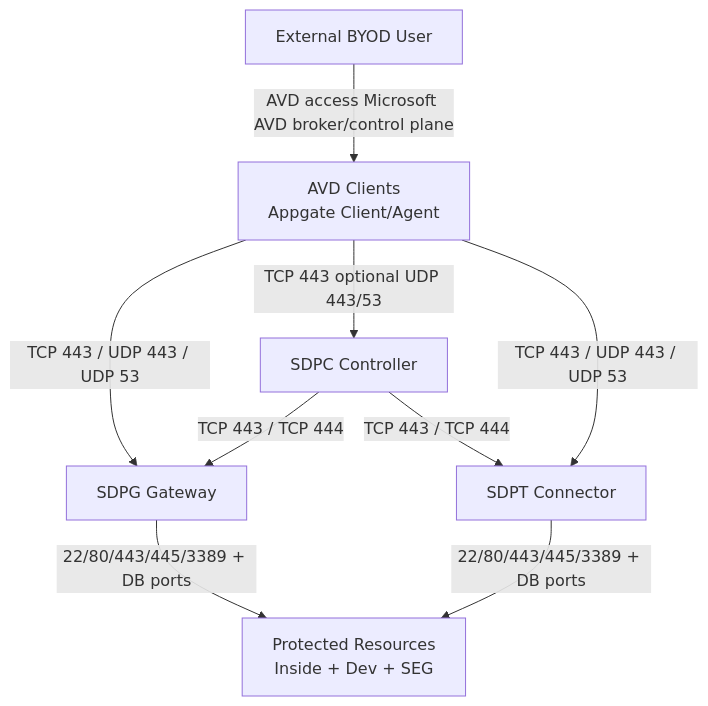
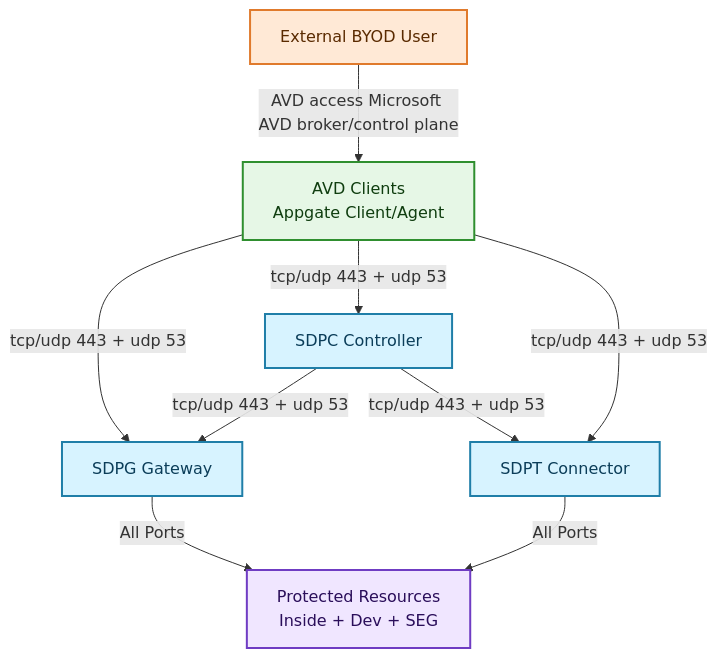
One commit to cantrellr/vyos-appgate-dren-lab changed the diagram in diagrams/appgate-flows.mmd. Above: the diagram before and after it, drawn with Mermaid. The commit also changed other lines of this file and 1 other file, not shown here.

Commit message:
Add detailed flowchart for Azure Virtual Desktop architecture and update connection details

```diff
--- a/diagrams/appgate-flows.mmd
+++ b/diagrams/appgate-flows.mmd
@@ -1,16 +1,31 @@
 flowchart TB
   BYOD[External BYOD User]
-  AVD[AVD Clients\nAppgate Client/Agent]
+  AVD[AVD Clients<br>Appgate Client/Agent]
   GW1[SDPG Gateway]
   GW2[SDPT Connector]
   CTRL[SDPC Controller]
-  PR[Protected Resources\nInside + Dev + SEG]
+  PR[Protected Resources<br>Inside + Dev + SEG]
 
   BYOD -->|AVD access Microsoft AVD broker/control plane| AVD
-  AVD -->|TCP 443 optional UDP 443/53| CTRL
-  AVD -->|TCP 443 / UDP 443 / UDP 53| GW1
-  CTRL -->|TCP 443 / TCP 444| GW1
-  CTRL -->|TCP 443 / TCP 444| GW2
-  AVD -->|TCP 443 / UDP 443 / UDP 53| GW2
-  GW1 -->|22/80/443/445/3389 + DB ports| PR
-  GW2 -->|22/80/443/445/3389 + DB ports| PR
+  AVD -->|tcp/udp 443 + udp 53| CTRL
+  AVD -->|tcp/udp 443 + udp 53| GW1
+  CTRL -->|tcp/udp 443 + udp 53| GW1
+  CTRL -->|tcp/udp 443 + udp 53| GW2
+  AVD -->|tcp/udp 443 + udp 53| GW2
+  GW1 -->|All Ports| PR
+  GW2 -->|All Ports| PR
+
+  class CTRL,GW1,GW2 sdp
+  classDef sdp fill:#d7f3ff,stroke:#1f7ea8,stroke-width:2px,color:#0b3d59
+
+  class BYOD enduser
+  classDef enduser fill:#ffe9d6,stroke:#e07a2c,stroke-width:2px,color:#5a2a00
+
+  class AVD client
+  classDef client fill:#e6f7e6,stroke:#2f8f2f,stroke-width:2px,color:#0f3d0f
+
+  class PR,DOMAIN,DEV,SEG sdpg
+  classDef sdpg fill:#f0e6ff,stroke:#6f3cc3,stroke-width:2px,color:#2a0e5a
+
+  class DOMSVC,DEVSVC,HWIL sdpt
+  classDef sdpt fill:#f1f700,stroke:#6f3cc3,stroke-width:2px,color:#2a0e5a
```
